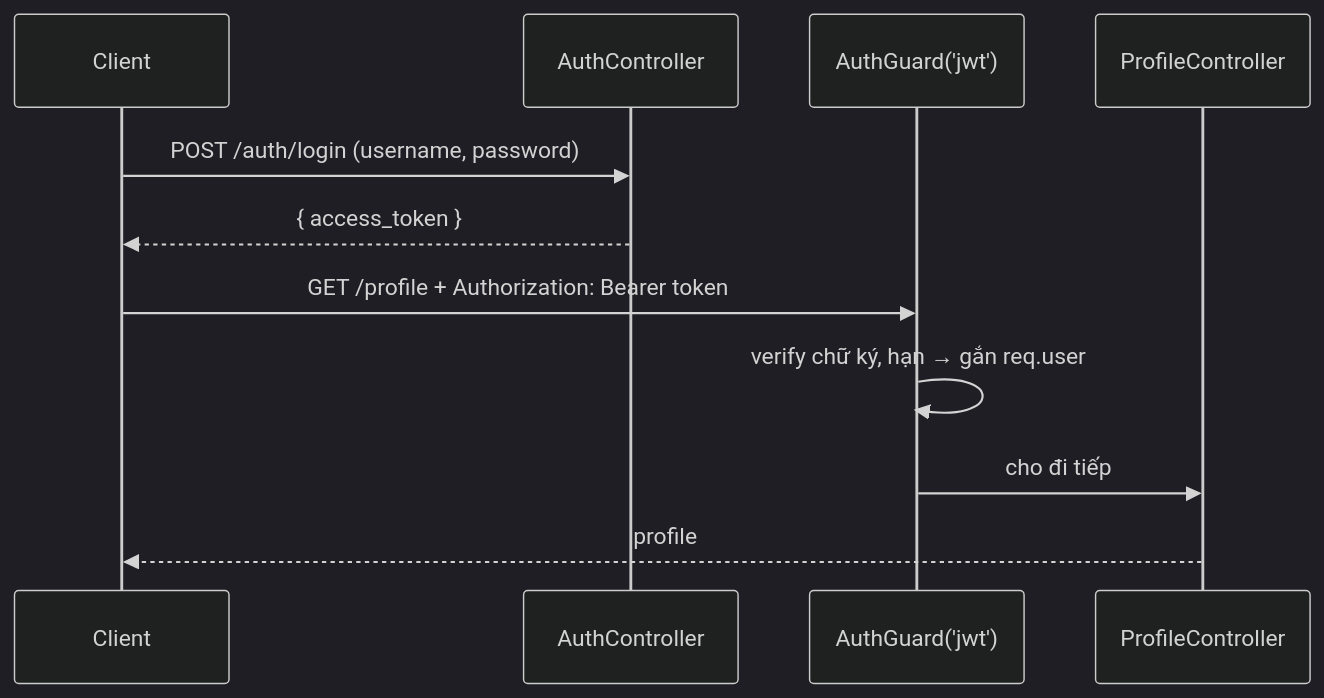
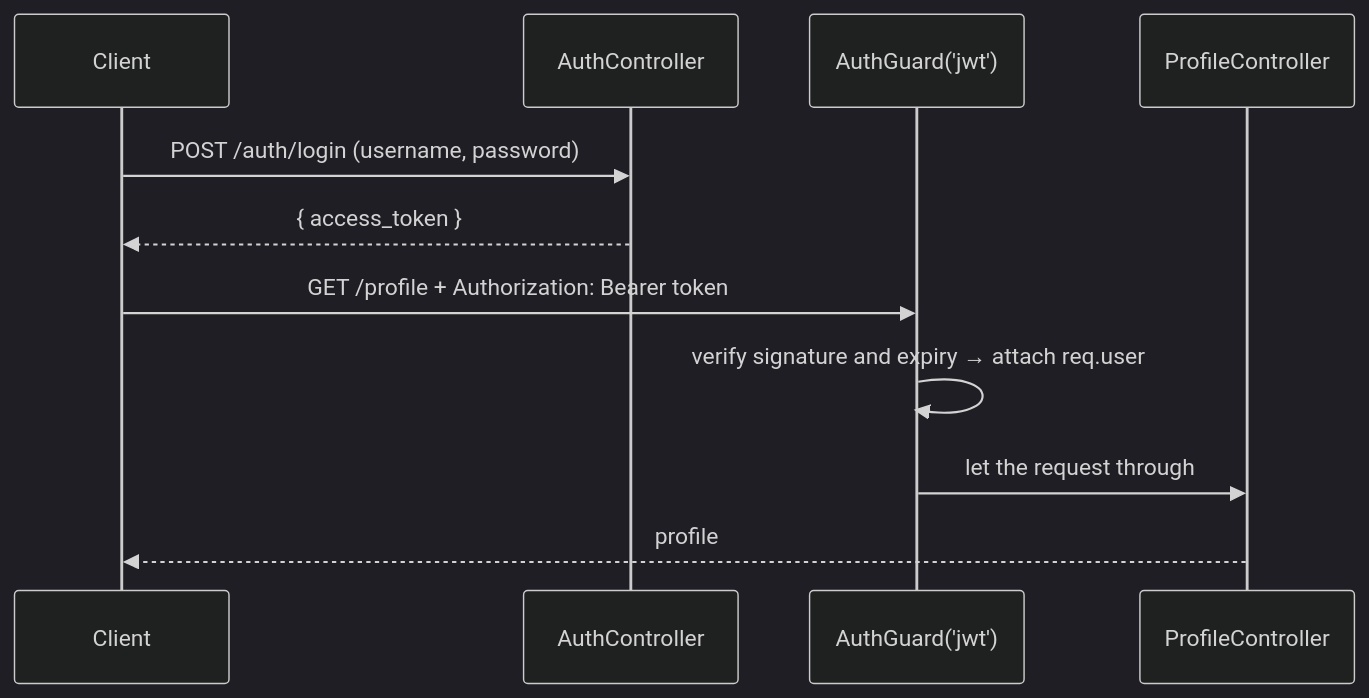
The second of 2 diagrams in docs/technologies/js/be-frameworks/nest/in-depth.mdx (sunflynf/web-notes), drawn with Mermaid (dark theme) before and after one commit. The commit also changed other lines of this file and 33 other files, not shown here.

````diff
--- a/docs/technologies/js/be-frameworks/nest/in-depth.mdx
+++ b/docs/technologies/js/be-frameworks/nest/in-depth.mdx
@@ -342,13 +342,13 @@
 ```mermaid
 sequenceDiagram
   participant U as Client
   participant A as AuthController
   participant G as AuthGuard('jwt')
   participant P as ProfileController
   U->>A: POST /auth/login (username, password)
   A-->>U: { access_token }
   U->>G: GET /profile + Authorization: Bearer token
-  G->>G: verify chữ ký, hạn → gắn req.user
-  G->>P: cho đi tiếp
+  G->>G: verify signature and expiry → attach req.user
+  G->>P: let the request through
   P-->>U: profile
 ```
````
